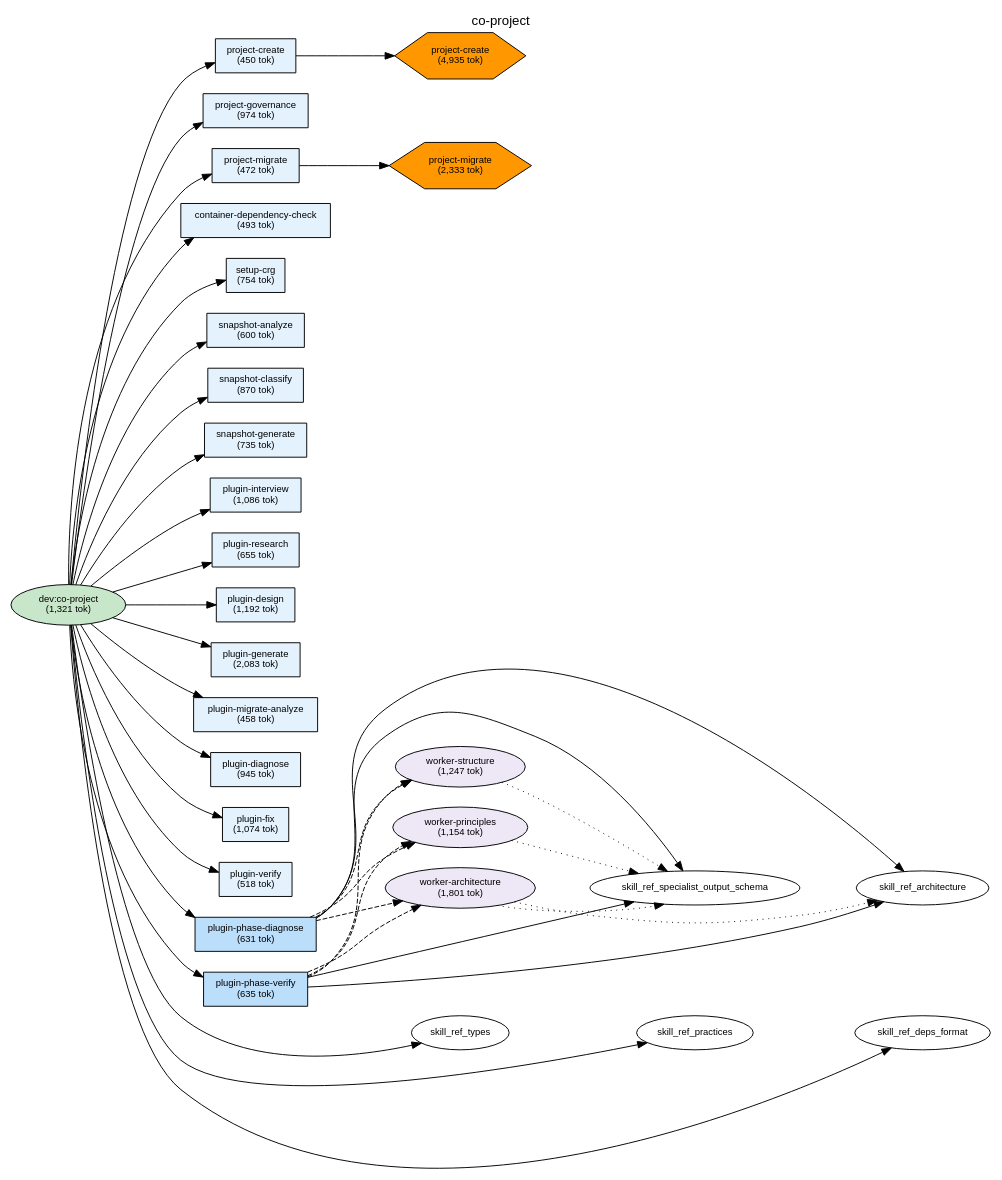
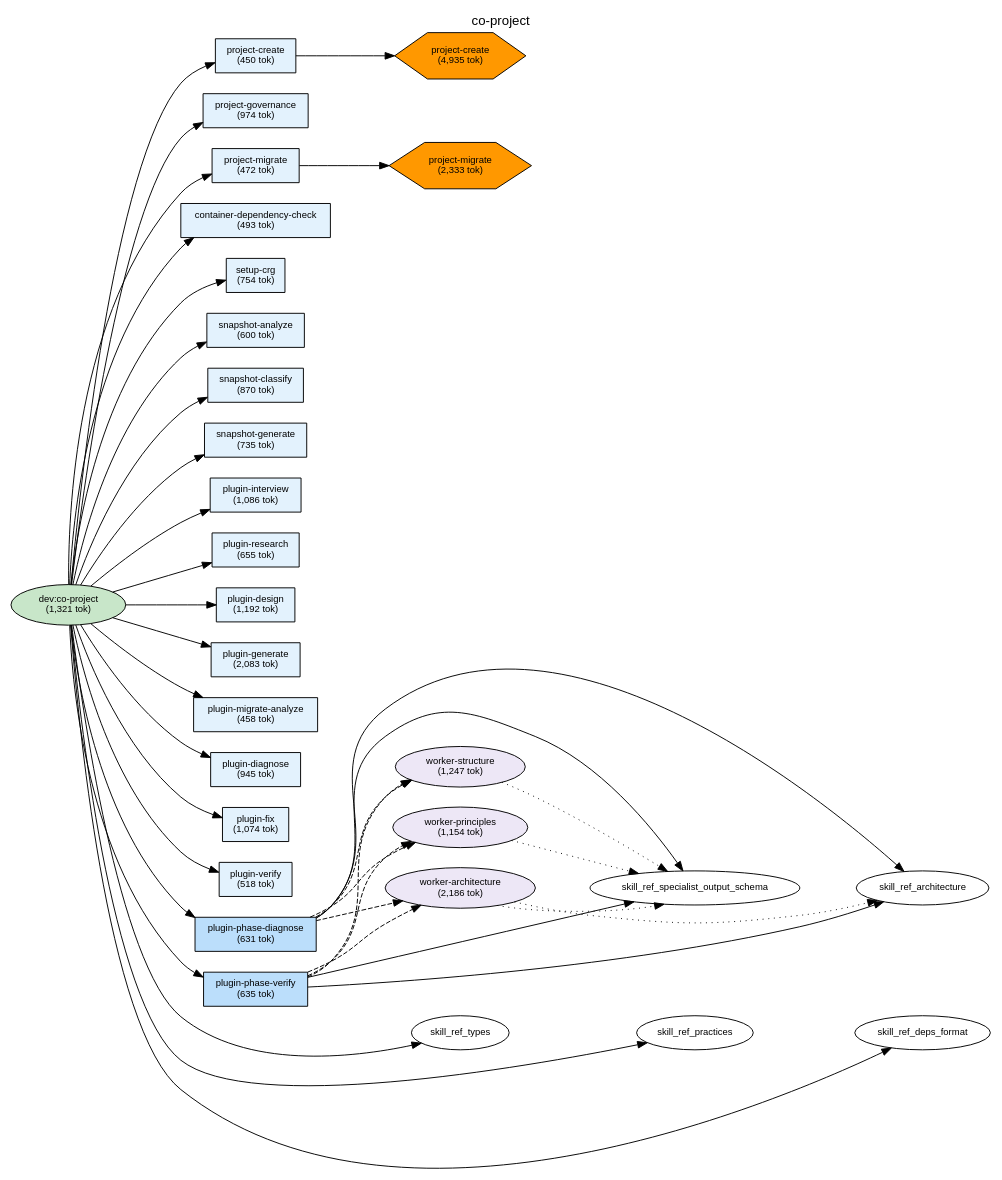
The diagram in plugins/dev/docs/deps-co-project.dot (shuu5/twill), drawn with Graphviz before and after one commit. The commit also changed 24 other files, not shown here.

First line of the commit message:
feat(arch): architecture drift 検出・更新トリガーを実装 (#160) (#183)

```diff
--- a/plugins/dev/docs/deps-co-project.dot
+++ b/plugins/dev/docs/deps-co-project.dot
@@ -1,133 +1,133 @@
 digraph Dependencies {
     // Graph settings
     rankdir=LR;
     ranksep=0.8;
     nodesep=0.3;
     fontname="Helvetica";
     node [fontname="Helvetica", fontsize=10];
     edge [fontname="Helvetica", fontsize=9];
     label="co-project";
     labelloc=t;
     fontsize=14;
 
     // L0: Controller Skills
     skill_co_project [label="dev:co-project\n(1,321 tok)", shape=ellipse, style=filled, fillcolor="#c8e6c9"];
 
     // L0: Launchers
 
     // L0.5: Workflow Skills
 
     // Reference Skills
 
     // L1: Direct Commands
     cmd_project_create [label="project-create\n(450 tok)", shape=box, style=filled, fillcolor="#e3f2fd"];
     cmd_project_governance [label="project-governance\n(974 tok)", shape=box, style=filled, fillcolor="#e3f2fd"];
     cmd_project_migrate [label="project-migrate\n(472 tok)", shape=box, style=filled, fillcolor="#e3f2fd"];
     cmd_container_dependency_check [label="container-dependency-check\n(493 tok)", shape=box, style=filled, fillcolor="#e3f2fd"];
     cmd_setup_crg [label="setup-crg\n(754 tok)", shape=box, style=filled, fillcolor="#e3f2fd"];
     cmd_snapshot_analyze [label="snapshot-analyze\n(600 tok)", shape=box, style=filled, fillcolor="#e3f2fd"];
     cmd_snapshot_classify [label="snapshot-classify\n(870 tok)", shape=box, style=filled, fillcolor="#e3f2fd"];
     cmd_snapshot_generate [label="snapshot-generate\n(735 tok)", shape=box, style=filled, fillcolor="#e3f2fd"];
     cmd_plugin_interview [label="plugin-interview\n(1,086 tok)", shape=box, style=filled, fillcolor="#e3f2fd"];
     cmd_plugin_research [label="plugin-research\n(655 tok)", shape=box, style=filled, fillcolor="#e3f2fd"];
     cmd_plugin_design [label="plugin-design\n(1,192 tok)", shape=box, style=filled, fillcolor="#e3f2fd"];
     cmd_plugin_generate [label="plugin-generate\n(2,083 tok)", shape=box, style=filled, fillcolor="#e3f2fd"];
     cmd_plugin_migrate_analyze [label="plugin-migrate-analyze\n(458 tok)", shape=box, style=filled, fillcolor="#e3f2fd"];
     cmd_plugin_diagnose [label="plugin-diagnose\n(945 tok)", shape=box, style=filled, fillcolor="#e3f2fd"];
     cmd_plugin_fix [label="plugin-fix\n(1,074 tok)", shape=box, style=filled, fillcolor="#e3f2fd"];
     cmd_plugin_verify [label="plugin-verify\n(518 tok)", shape=box, style=filled, fillcolor="#e3f2fd"];
     cmd_plugin_phase_diagnose [label="plugin-phase-diagnose\n(631 tok)", shape=box, style=filled, fillcolor="#bbdefb"];
     cmd_plugin_phase_verify [label="plugin-phase-verify\n(635 tok)", shape=box, style=filled, fillcolor="#bbdefb"];
 
     // L2: Sub Commands
 
     // L3: Agents
     agent_worker_structure [label="worker-structure\n(1,247 tok)", shape=ellipse, style=filled, fillcolor="#ede7f6"];
     agent_worker_principles [label="worker-principles\n(1,154 tok)", shape=ellipse, style=filled, fillcolor="#ede7f6"];
-    agent_worker_architecture [label="worker-architecture\n(1,801 tok)", shape=ellipse, style=filled, fillcolor="#ede7f6"];
+    agent_worker_architecture [label="worker-architecture\n(2,186 tok)", shape=ellipse, style=filled, fillcolor="#ede7f6"];
 
     // L3.5: Scripts
     script_project_create [label="project-create\n(4,935 tok)", shape=hexagon, style=filled, fillcolor="#FF9800"];
     script_project_migrate [label="project-migrate\n(2,333 tok)", shape=hexagon, style=filled, fillcolor="#FF9800"];
 
     // L4: External
 
     // Layer constraints
     { rank=same; skill_co_project; }
     { rank=same; cmd_project_create; cmd_project_governance; cmd_project_migrate; cmd_container_dependency_check; cmd_setup_crg; cmd_snapshot_analyze; cmd_snapshot_classify; cmd_snapshot_generate; cmd_plugin_interview; cmd_plugin_research; cmd_plugin_design; cmd_plugin_generate; cmd_plugin_migrate_analyze; cmd_plugin_diagnose; cmd_plugin_fix; cmd_plugin_verify; cmd_plugin_phase_diagnose; cmd_plugin_phase_verify; }
     { rank=same; agent_worker_structure; agent_worker_principles; agent_worker_architecture; }
     { rank=same; script_project_create; script_project_migrate; }
 
     // Edges
     skill_co_project -> cmd_project_create;
     skill_co_project -> cmd_project_governance;
     skill_co_project -> cmd_project_migrate;
     skill_co_project -> cmd_container_dependency_check;
     skill_co_project -> cmd_setup_crg;
     skill_co_project -> cmd_snapshot_analyze;
     skill_co_project -> cmd_snapshot_classify;
     skill_co_project -> cmd_snapshot_generate;
     skill_co_project -> cmd_plugin_interview;
     skill_co_project -> cmd_plugin_research;
     skill_co_project -> cmd_plugin_design;
     skill_co_project -> cmd_plugin_generate;
     skill_co_project -> cmd_plugin_migrate_analyze;
     skill_co_project -> cmd_plugin_diagnose;
     skill_co_project -> cmd_plugin_fix;
     skill_co_project -> cmd_plugin_verify;
     skill_co_project -> cmd_plugin_phase_diagnose;
     skill_co_project -> cmd_plugin_phase_verify;
     skill_co_project -> skill_ref_types;
     skill_co_project -> skill_ref_practices;
     skill_co_project -> skill_ref_deps_format;
     cmd_project_create -> script_project_create;
     cmd_project_migrate -> script_project_migrate;
     cmd_plugin_phase_diagnose -> agent_worker_structure [style=dashed];
     cmd_plugin_phase_diagnose -> agent_worker_principles [style=dashed];
     cmd_plugin_phase_diagnose -> agent_worker_architecture [style=dashed];
     cmd_plugin_phase_diagnose -> skill_ref_specialist_output_schema;
     cmd_plugin_phase_diagnose -> skill_ref_architecture;
     cmd_plugin_phase_verify -> agent_worker_structure [style=dashed];
     cmd_plugin_phase_verify -> agent_worker_principles [style=dashed];
     cmd_plugin_phase_verify -> agent_worker_architecture [style=dashed];
     cmd_plugin_phase_verify -> skill_ref_specialist_output_schema;
     cmd_plugin_phase_verify -> skill_ref_architecture;
     agent_worker_structure -> skill_ref_specialist_output_schema [style=dotted];
     agent_worker_principles -> skill_ref_specialist_output_schema [style=dotted];
     agent_worker_architecture -> skill_ref_specialist_output_schema [style=dotted];
     agent_worker_architecture -> skill_ref_architecture [style=dotted];
 
     // Ordering constraints (invisible edges)
     cmd_project_create -> cmd_project_governance [style=invis, weight=10];
     cmd_project_governance -> cmd_project_migrate [style=invis, weight=10];
     cmd_project_migrate -> cmd_container_dependency_check [style=invis, weight=10];
     cmd_container_dependency_check -> cmd_setup_crg [style=invis, weight=10];
     cmd_setup_crg -> cmd_snapshot_analyze [style=invis, weight=10];
     cmd_snapshot_analyze -> cmd_snapshot_classify [style=invis, weight=10];
     cmd_snapshot_classify -> cmd_snapshot_generate [style=invis, weight=10];
     cmd_snapshot_generate -> cmd_plugin_interview [style=invis, weight=10];
     cmd_plugin_interview -> cmd_plugin_research [style=invis, weight=10];
     cmd_plugin_research -> cmd_plugin_design [style=invis, weight=10];
     cmd_plugin_design -> cmd_plugin_generate [style=invis, weight=10];
     cmd_plugin_generate -> cmd_plugin_migrate_analyze [style=invis, weight=10];
     cmd_plugin_migrate_analyze -> cmd_plugin_diagnose [style=invis, weight=10];
     cmd_plugin_diagnose -> cmd_plugin_fix [style=invis, weight=10];
     cmd_plugin_fix -> cmd_plugin_verify [style=invis, weight=10];
     cmd_plugin_verify -> cmd_plugin_phase_diagnose [style=invis, weight=10];
     cmd_plugin_phase_diagnose -> cmd_plugin_phase_verify [style=invis, weight=10];
     cmd_plugin_phase_verify -> skill_ref_types [style=invis, weight=10];
     skill_ref_types -> skill_ref_practices [style=invis, weight=10];
     skill_ref_practices -> skill_ref_deps_format [style=invis, weight=10];
     agent_worker_structure -> agent_worker_principles [style=invis, weight=10];
     agent_worker_principles -> agent_worker_architecture [style=invis, weight=10];
     agent_worker_architecture -> skill_ref_specialist_output_schema [style=invis, weight=10];
     skill_ref_specialist_output_schema -> skill_ref_architecture [style=invis, weight=10];
     agent_worker_structure -> agent_worker_principles [style=invis, weight=10];
     agent_worker_principles -> agent_worker_architecture [style=invis, weight=10];
     agent_worker_architecture -> skill_ref_specialist_output_schema [style=invis, weight=10];
     skill_ref_specialist_output_schema -> skill_ref_architecture [style=invis, weight=10];
     agent_worker_structure -> agent_worker_principles [style=invis, weight=10];
     agent_worker_structure -> agent_worker_principles [style=invis, weight=10];
     agent_worker_architecture -> skill_ref_specialist_output_schema [style=invis, weight=10];
 
 }
```
